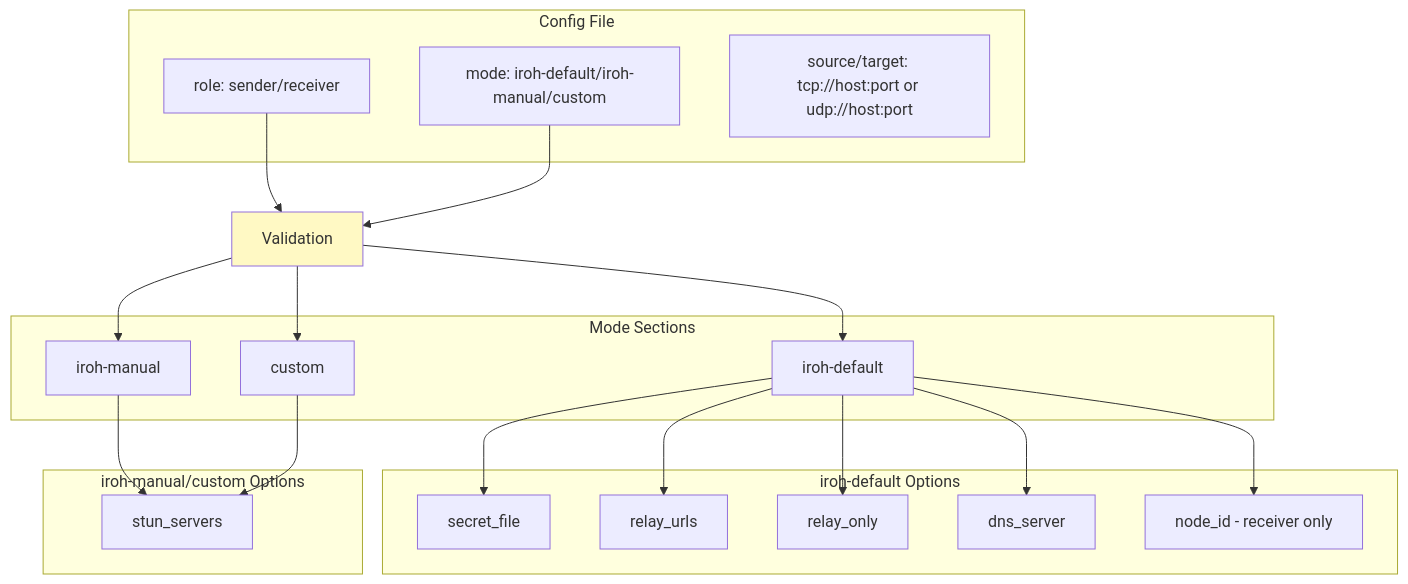
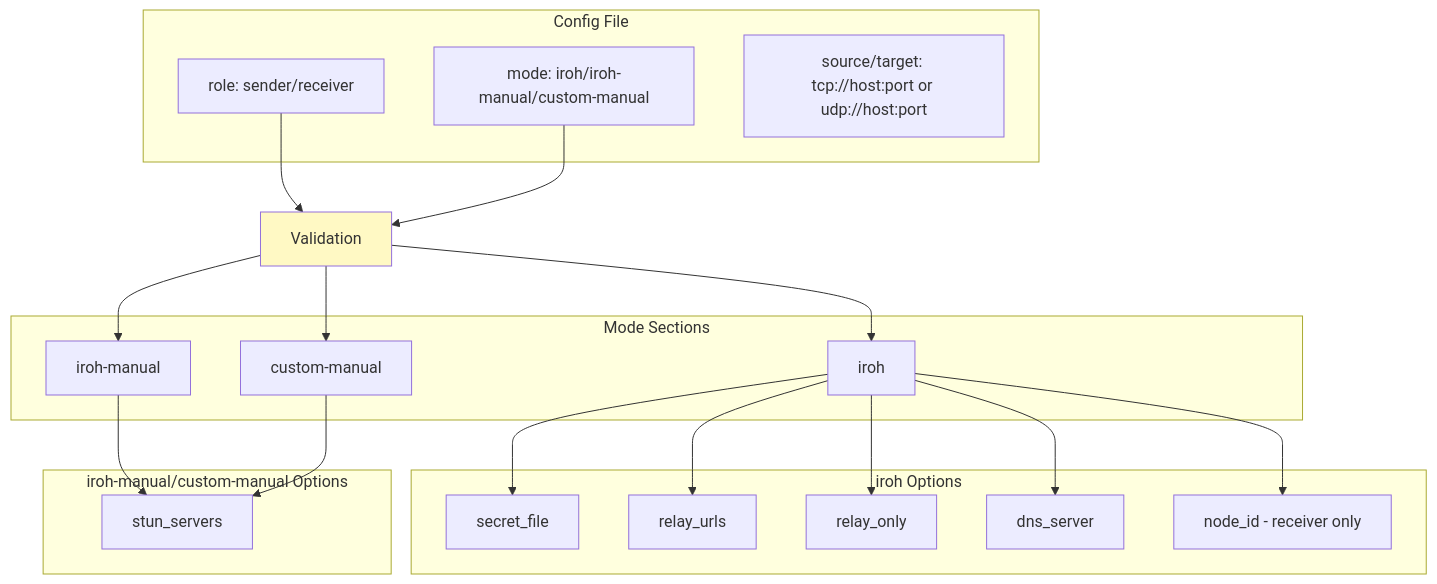
Diagram 26 of 38 in docs/ARCHITECTURE.md (andrewtheguy/vpn-rs), drawn with Mermaid before and after one commit. The commit also changed other lines of this file and 5 other files, not shown here.

````diff
--- a/docs/ARCHITECTURE.md
+++ b/docs/ARCHITECTURE.md
@@ -1112,43 +1112,43 @@
 ```mermaid
 graph TB
     subgraph "Config File"
         A[role: sender/receiver]
-        B[mode: iroh-default/iroh-manual/custom]
+        B[mode: iroh/iroh-manual/custom-manual]
         C[source/target: tcp://host:port or udp://host:port]
     end
     
     subgraph "Mode Sections"
-        E[iroh-default]
+        E[iroh]
         F[iroh-manual]
-        G[custom]
+        G[custom-manual]
     end
     
-    subgraph "iroh-default Options"
+    subgraph "iroh Options"
         H[secret_file]
         I[relay_urls]
         J[relay_only]
         K[dns_server]
         L[node_id - receiver only]
     end
     
-    subgraph "iroh-manual/custom Options"
+    subgraph "iroh-manual/custom-manual Options"
         M[stun_servers]
     end
     
     A --> N[Validation]
     B --> N
     N --> E
     N --> F
     N --> G
     
     E --> H
     E --> I
     E --> J
     E --> K
     E --> L
     
     F --> M
     G --> M
     
     style N fill:#FFF9C4
 ```
````
